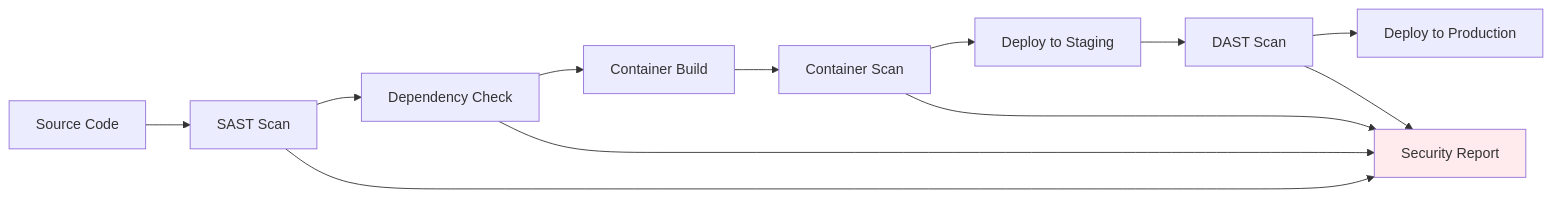
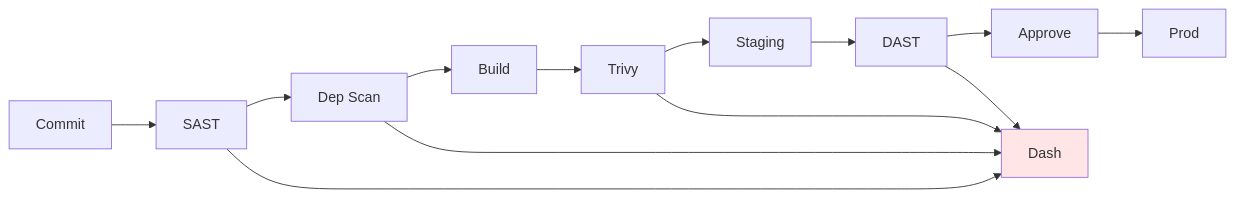
Before and after one commit to tiagonunes1491/Transio: the second of 2 diagrams in docs/security.md, drawn with Mermaid. The commit also changed other lines of this file and 2 other files, not shown here.

Commit message:
refactor: remove MKDOCS_SETUP_NOTES.md; enhance problem_solution.md and security.md for clarity and detail

````diff
--- a/docs/security.md
+++ b/docs/security.md
@@ -141,17 +175,16 @@
 ```mermaid
 graph LR
-    A[Source Code] --> B[SAST Scan]
-    B --> C[Dependency Check]
-    C --> D[Container Build]
-    D --> E[Container Scan]
-    E --> F[Deploy to Staging]
-    F --> G[DAST Scan]
-    G --> H[Deploy to Production]
-    
-    B --> I[Security Report]
-    C --> I
-    E --> I
-    G --> I
-    
-    style I fill:#ffebee
+    A[Commit] --> B[SAST]
+    B --> C[Dep Scan]
+    C --> D[Build]
+    D --> E[Trivy]
+    E --> F[Staging]
+    F --> G[DAST]
+    G --> H[Approve]
+    H --> I[Prod]
+    B --> J[Dash]
+    C --> J
+    E --> J
+    G --> J
+    style J fill:#ffe5e5
 ```
````
